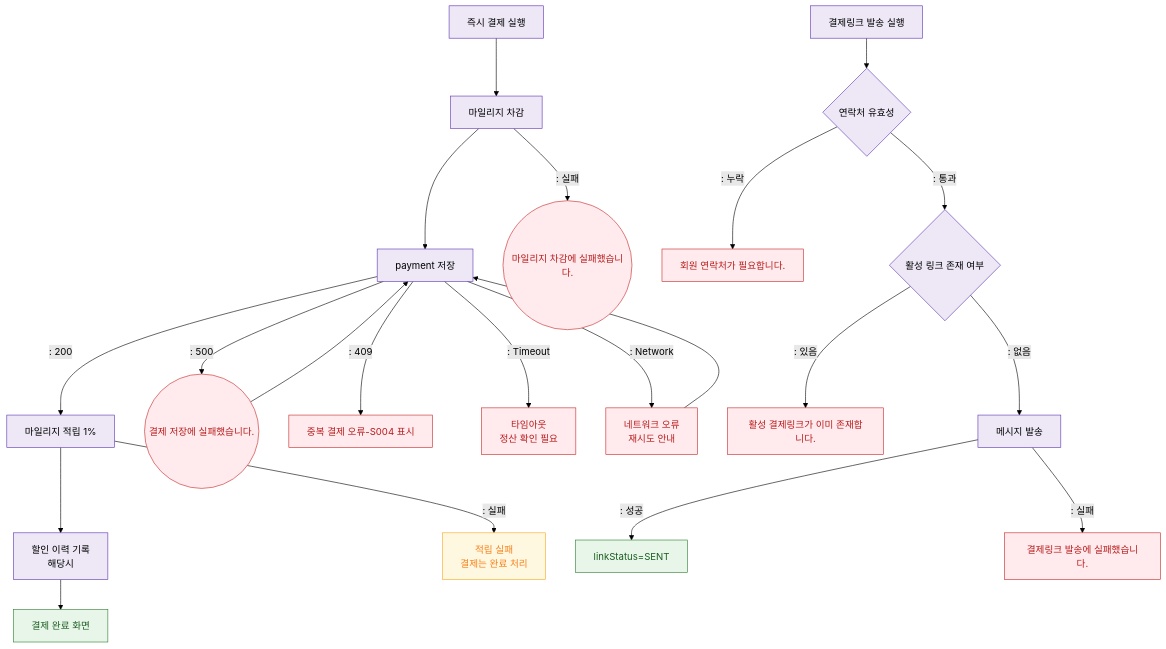
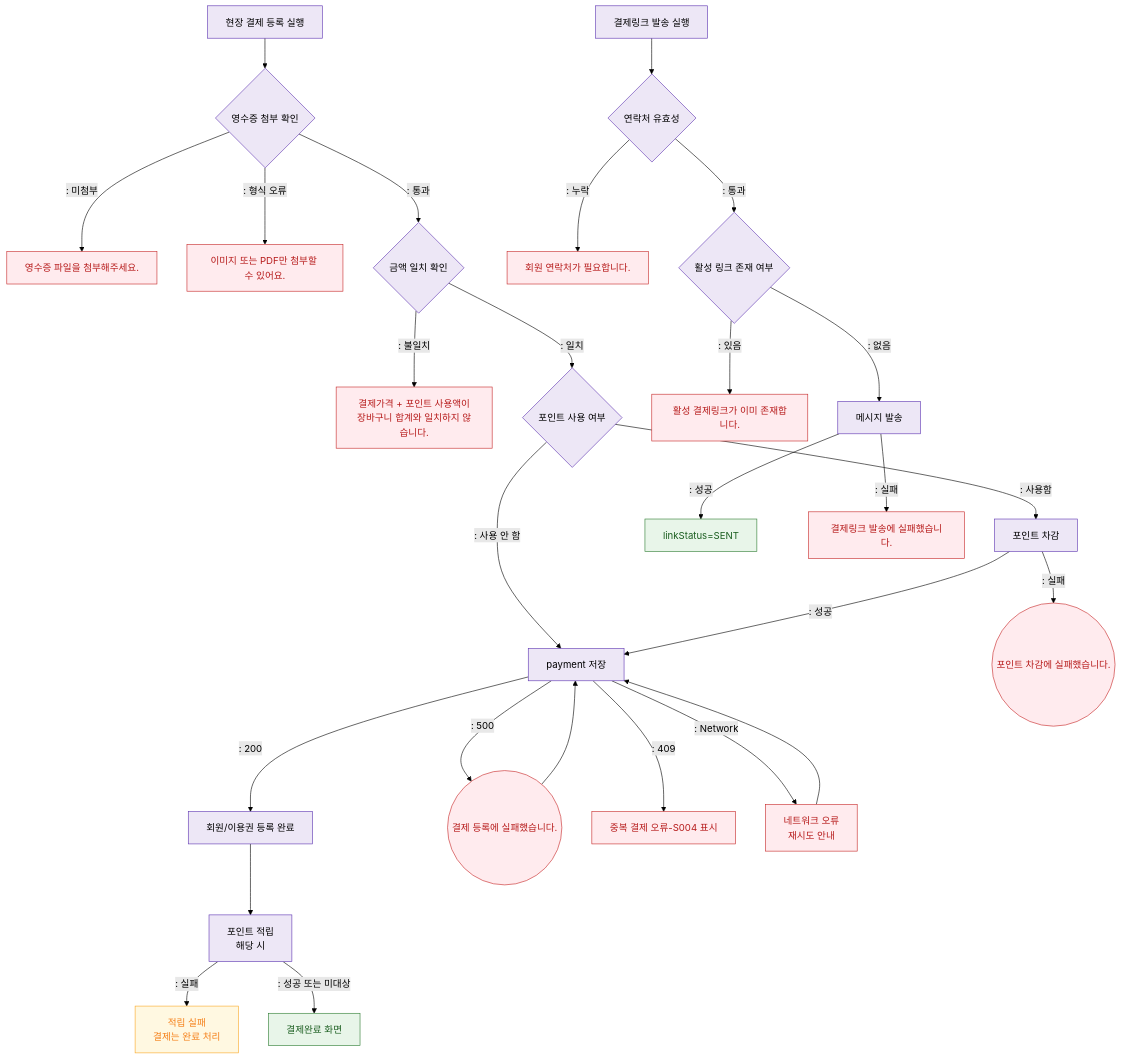
One commit to dev-spogym/admin-pando changed the diagram in docs/admin/다이어그램/D03_매출관리/SCR-S003_결제처리/F8_에러.md. Above: the diagram before and after it, drawn with Mermaid (forest theme). The commit also changed other lines of this file and 189 other files, not shown here.

````diff
--- a/docs/admin/다이어그램/D03_매출관리/SCR-S003_결제처리/F8_에러.md
+++ b/docs/admin/다이어그램/D03_매출관리/SCR-S003_결제처리/F8_에러.md
@@ -18,40 +18,46 @@
 ```mermaid
 flowchart TD
-    EXEC[즉시 결제 실행] --> STEP1[마일리지 차감]
+    EXEC[현장 결제 등록 실행] --> RECEIPT_CHECK{영수증 첨부 확인}
 
-    STEP1 --> STEP2[payment 저장]
-    STEP1 -->|": 실패"|ERR_DEDUCT((마일리지 차감에 실패했습니다.))
+    RECEIPT_CHECK -->|": 미첨부"|ERR_RECEIPT[영수증 파일을 첨부해주세요.]
+    RECEIPT_CHECK -->|": 형식 오류"|ERR_RECEIPT_TYPE[이미지 또는 PDF만 첨부할 수 있어요.]
+    RECEIPT_CHECK -->|": 통과"|AMOUNT_CHECK{금액 일치 확인}
 
-    STEP2 -->|": 200"|STEP3[마일리지 적립 1%]
-    STEP2 -->|": 500"|ERR_INSERT((결제 저장에 실패했습니다.))
-    STEP2 -->|": 409"|ERR_DUP[중복 결제 오류-S004 표시]
-    STEP2 -->|": Timeout"|ERR_TIMEOUT[타임아웃\n정산 확인 필요]
-    STEP2 -->|": Network"|ERR_NET[네트워크 오류\n재시도 안내]
+    AMOUNT_CHECK -->|": 불일치"|ERR_AMOUNT[결제가격 + 포인트 사용액이\n장바구니 합계와 일치하지 않습니다.]
+    AMOUNT_CHECK -->|": 일치"|POINT_CHECK{포인트 사용 여부}
 
-    STEP3 --> STEP4[할인 이력 기록\n해당시]
-    STEP3 -->|": 실패"|ERR_ACCRUE[적립 실패\n결제는 완료 처리]
+    POINT_CHECK -->|": 사용함"|POINT_DEDUCT[포인트 차감]
+    POINT_CHECK -->|": 사용 안 함"|SAVE_PAYMENT[payment 저장]
+    POINT_DEDUCT -->|": 실패"|ERR_DEDUCT((포인트 차감에 실패했습니다.))
+    POINT_DEDUCT -->|": 성공"|SAVE_PAYMENT
 
-    STEP4 --> COMPLETE[결제 완료 화면]
+    SAVE_PAYMENT -->|": 200"|ISSUE_PASS[회원/이용권 등록 완료]
+    SAVE_PAYMENT -->|": 500"|ERR_INSERT((결제 등록에 실패했습니다.))
+    SAVE_PAYMENT -->|": 409"|ERR_DUP[중복 결제 오류-S004 표시]
+    SAVE_PAYMENT -->|": Network"|ERR_NET[네트워크 오류\n재시도 안내]
+
+    ISSUE_PASS --> POINT_ACCRUE[포인트 적립\n해당 시]
+    POINT_ACCRUE -->|": 실패"|ERR_ACCRUE[적립 실패\n결제는 완료 처리]
+    POINT_ACCRUE -->|": 성공 또는 미대상"|COMPLETE[결제완료 화면]
 
     LINK_EXEC[결제링크 발송 실행] --> LINK_CONTACT{연락처 유효성}
     LINK_CONTACT -->|": 누락"|ERR_CONTACT[회원 연락처가 필요합니다.]
     LINK_CONTACT -->|": 통과"|LINK_ACTIVE_CHECK{활성 링크 존재 여부}
     LINK_ACTIVE_CHECK -->|": 있음"|ERR_LINK_DUP[활성 결제링크가 이미 존재합니다.]
     LINK_ACTIVE_CHECK -->|": 없음"|LINK_SEND[메시지 발송]
     LINK_SEND -->|": 성공"|LINK_DONE[linkStatus=SENT]
     LINK_SEND -->|": 실패"|ERR_LINK_SEND[결제링크 발송에 실패했습니다.]
 
-    ERR_INSERT --> STEP2
-    ERR_NET --> STEP2
+    ERR_INSERT --> SAVE_PAYMENT
+    ERR_NET --> SAVE_PAYMENT
 
-    classDef screen fill:#E3F2FD,stroke:#1976D2,color:#0D47A1
     classDef error fill:#FFEBEE,stroke:#C62828,color:#B71C1C
     classDef success fill:#E8F5E9,stroke:#2E7D32,color:#1B5E20
     classDef system fill:#EDE7F6,stroke:#5E35B2
     classDef warning fill:#FFF8E1,stroke:#F9A825,color:#F57F17
 
     class COMPLETE,LINK_DONE success
-    class ERR_DEDUCT,ERR_INSERT,ERR_DUP,ERR_TIMEOUT,ERR_NET,ERR_CONTACT,ERR_LINK_DUP,ERR_LINK_SEND error
+    class ERR_RECEIPT,ERR_RECEIPT_TYPE,ERR_AMOUNT,ERR_DEDUCT,ERR_INSERT,ERR_DUP,ERR_NET,ERR_CONTACT,ERR_LINK_DUP,ERR_LINK_SEND error
     class ERR_ACCRUE warning
-    class EXEC,STEP1,STEP2,STEP3,STEP4,LINK_EXEC,LINK_CONTACT,LINK_ACTIVE_CHECK,LINK_SEND system
+    class EXEC,RECEIPT_CHECK,AMOUNT_CHECK,POINT_CHECK,POINT_DEDUCT,SAVE_PAYMENT,ISSUE_PASS,POINT_ACCRUE,LINK_EXEC,LINK_CONTACT,LINK_ACTIVE_CHECK,LINK_SEND system
 ```
````
